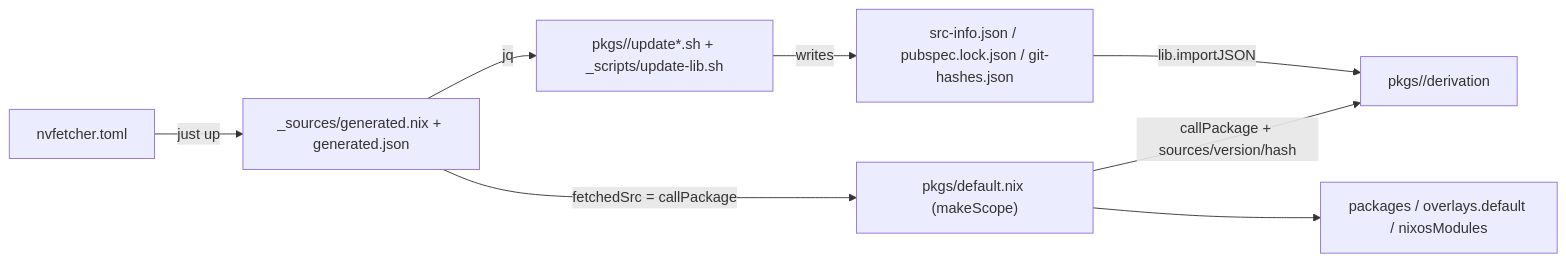
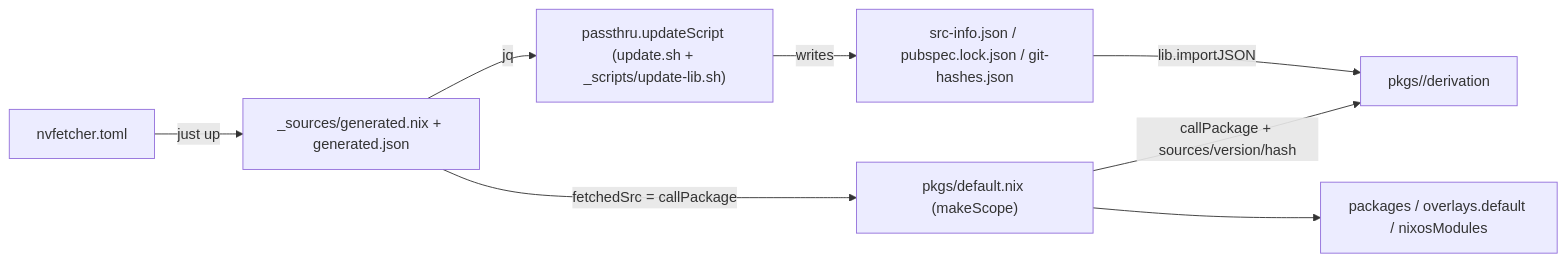
The diagram in AGENTS.md (ccicnce113424/nix-packages), drawn with Mermaid before and after one commit. The commit also changed other lines of this file and 26 other files, not shown here.

Commit message:
drive updates from passthru.updateScript via nixpkgs update.py

````diff
--- a/AGENTS.md
+++ b/AGENTS.md
@@ -18,10 +18,10 @@
 ```mermaid
 flowchart LR
   toml["nvfetcher.toml"] -->|"just up"| gen["_sources/generated.nix + generated.json"]
   gen -->|"fetchedSrc = callPackage"| scope["pkgs/default.nix (makeScope)"]
   scope -->|"callPackage + sources/version/hash"| pkg["pkgs/<name>/derivation"]
-  gen -->|"jq"| upd["pkgs/<name>/update*.sh + _scripts/update-lib.sh"]
+  gen -->|"jq"| upd["passthru.updateScript (update.sh + _scripts/update-lib.sh)"]
   upd -->|"writes"| json["src-info.json / pubspec.lock.json / git-hashes.json"]
   json -->|"lib.importJSON"| pkg
   scope --> out["packages / overlays.default / nixosModules"]
 ```
````
